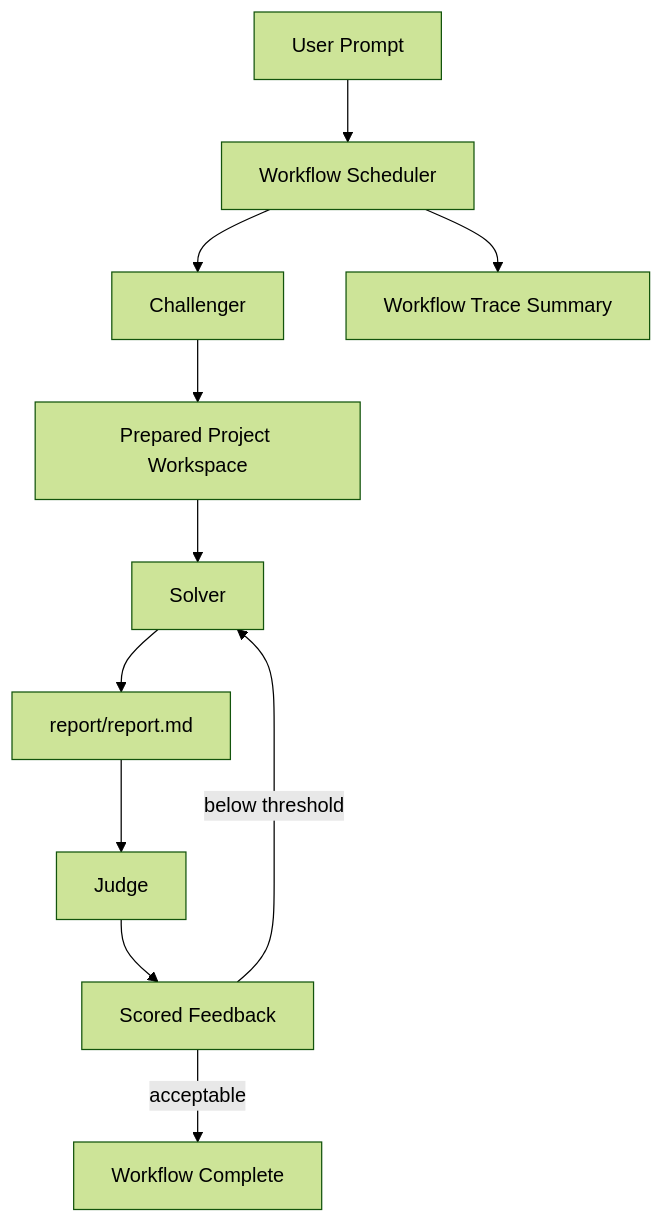
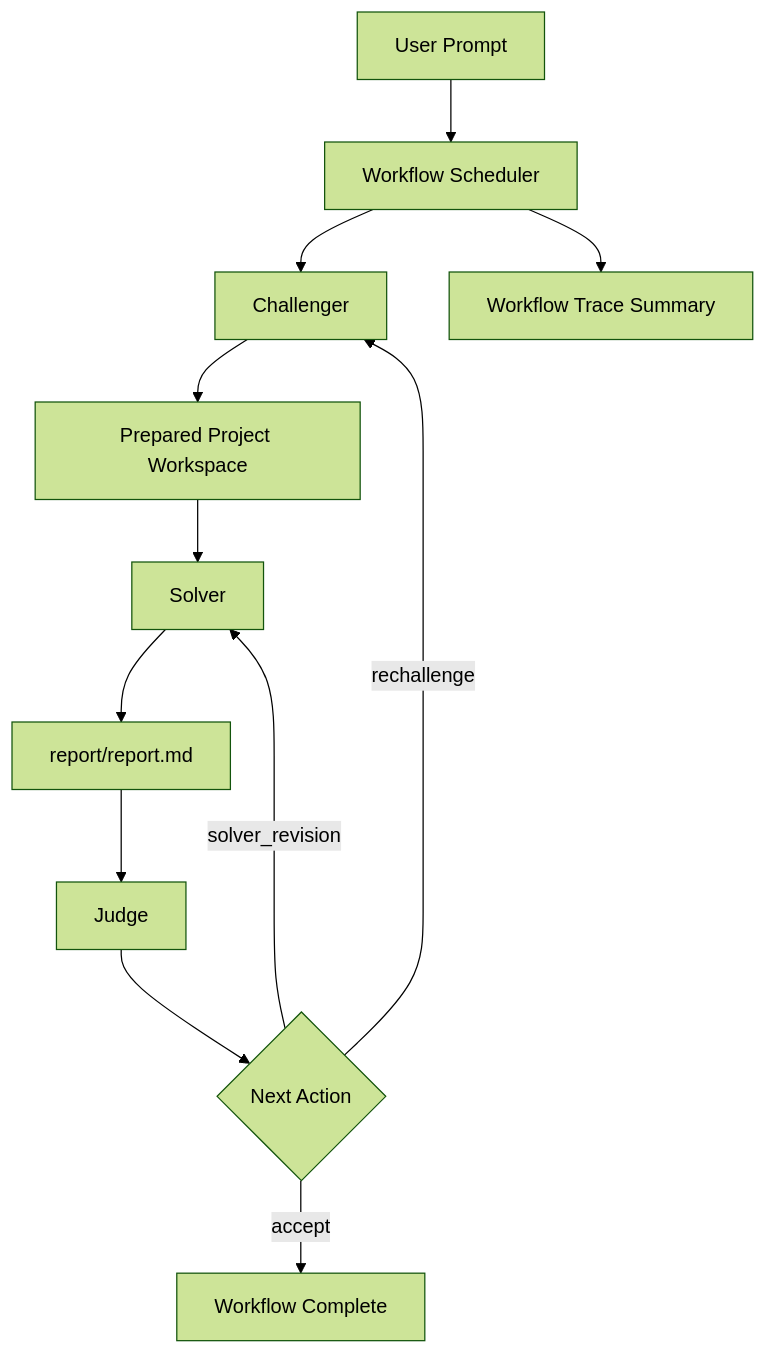
One commit to InternScience/MarkScientist changed the first of 2 diagrams in README.md. Above: the diagram before and after it, drawn with Mermaid (forest theme). The commit also changed other lines of this file and 6 other files, not shown here.

Commit message:
Add rechallenge routing to MarkScientist workflow

````diff
--- a/README.md
+++ b/README.md
@@ -89,13 +91,14 @@
 ```mermaid
 flowchart TD
     U[User Prompt] --> WF[Workflow Scheduler]
     WF --> C[Challenger]
     C --> P[Prepared Project Workspace]
     P --> S[Solver]
     S --> R[report/report.md]
     R --> J[Judge]
-    J --> F[Scored Feedback]
-    F -->|below threshold| S
-    F -->|acceptable| DONE[Workflow Complete]
+    J --> F{Next Action}
+    F -->|solver_revision| S
+    F -->|rechallenge| C
+    F -->|accept| DONE[Workflow Complete]
     WF --> T[Workflow Trace Summary]
 ```
````
